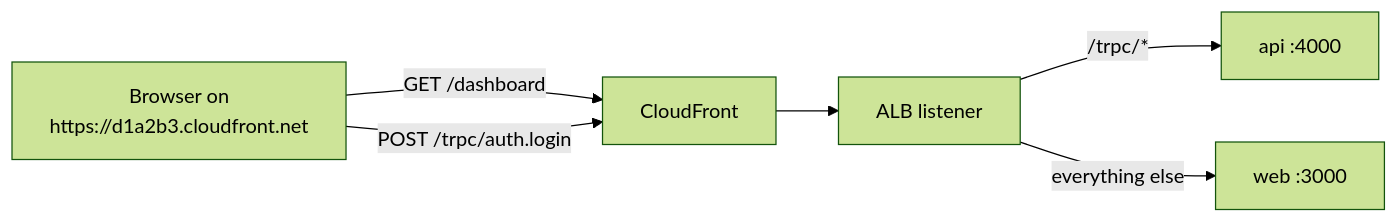
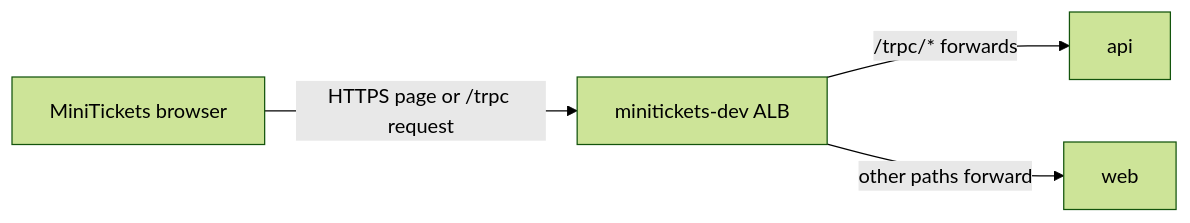
One commit to maheshnd/minitickets changed the diagram in docs/handbook/concepts/same-origin-routing.md. Above: the diagram before and after it, drawn with Mermaid (forest theme). The commit also changed other lines of this file and 119 other files, not shown here.

````diff
--- a/docs/handbook/concepts/same-origin-routing.md
+++ b/docs/handbook/concepts/same-origin-routing.md
@@ -19,8 +18,6 @@
 ```mermaid
 flowchart LR
-    b["Browser on<br/>https://d1a2b3.cloudfront.net"] -->|"GET /dashboard"| cf["CloudFront"]
-    b -->|"POST /trpc/auth.login"| cf
-    cf --> alb["ALB listener"]
-    alb -->|"/trpc/*"| api["api :4000"]
-    alb -->|"everything else"| web["web :3000"]
+browser["MiniTickets browser"] -->|"HTTPS page or /trpc request"| alb["minitickets-dev ALB"]
+    alb -->|"/trpc/* forwards"| api["api"]
+    alb -->|"other paths forward"| web["web"]
 ```
````
